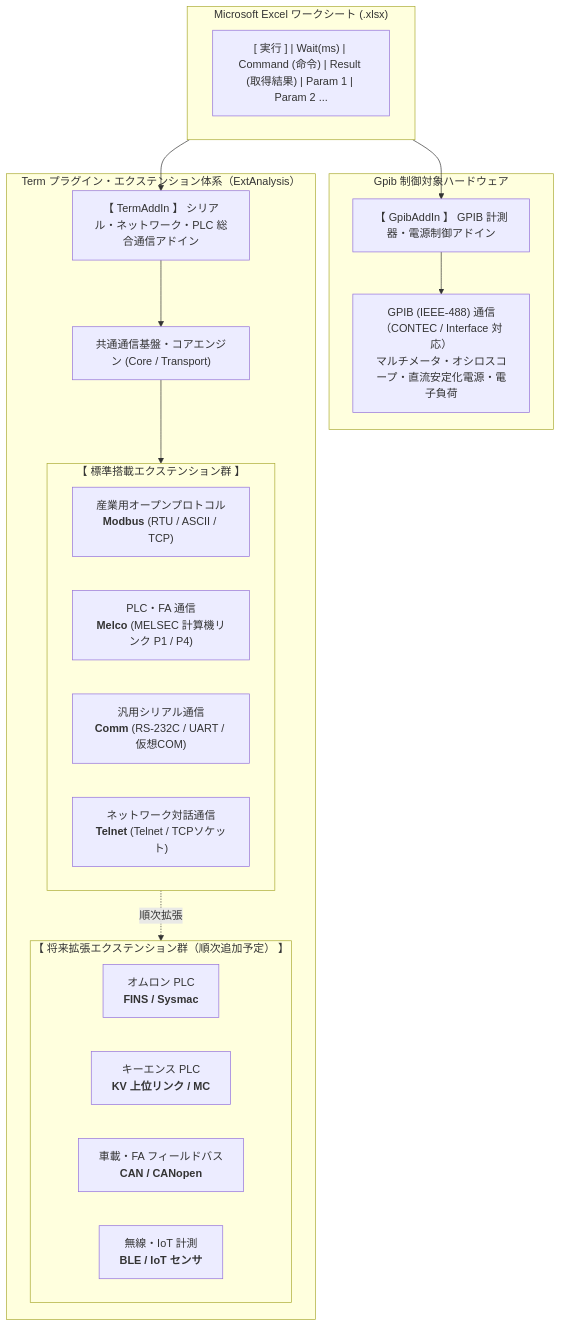
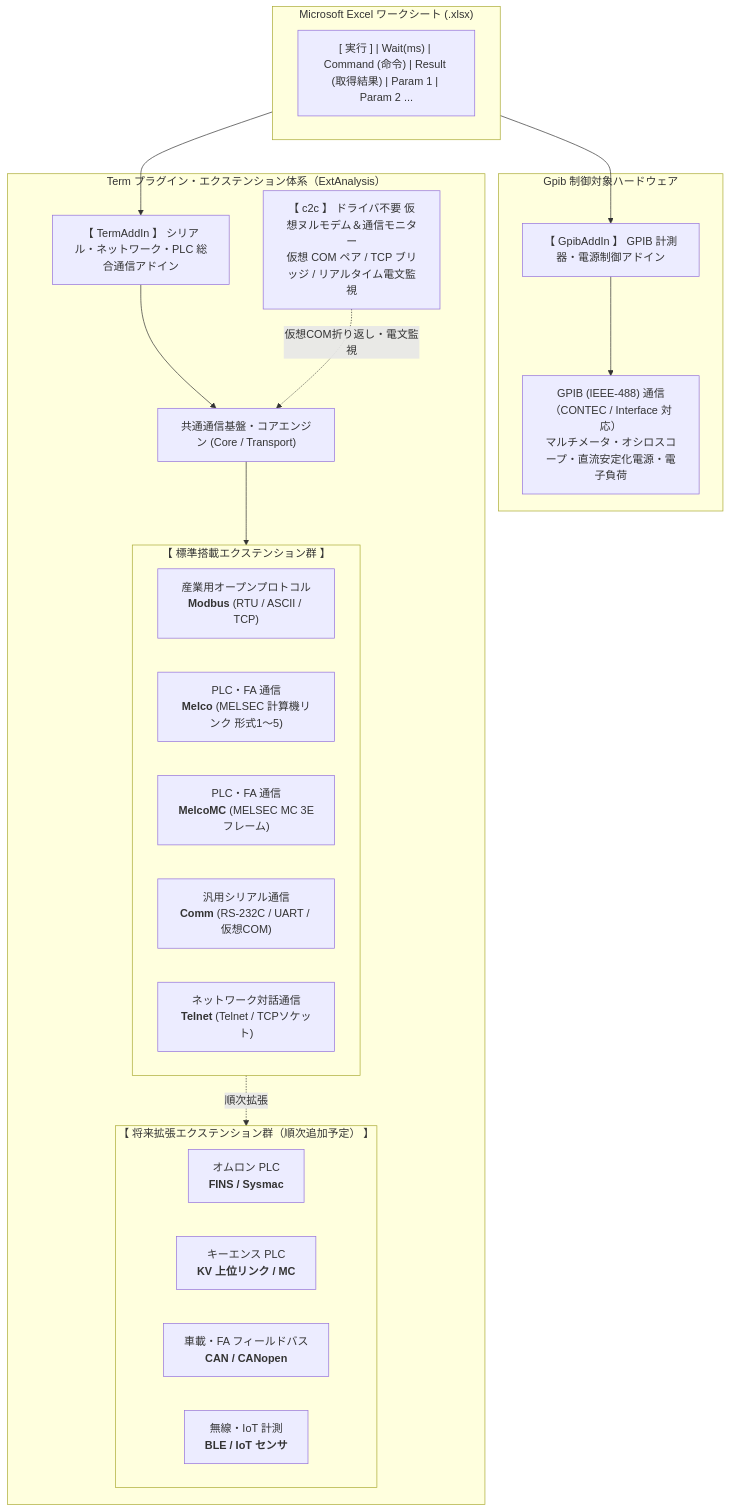
Before and after one commit to Monaca-App/store: the diagram in README.md, drawn with Mermaid. The commit also changed other lines of this file, not shown here.

````diff
--- a/README.md
+++ b/README.md
@@ -22,36 +22,38 @@
 ```mermaid
 flowchart TD
-    subgraph Excel["Microsoft Excel ワークシート (.xlsx)"]
+    subgraph Excel ["Microsoft Excel ワークシート (.xlsx)"]
         Row["[ 実行 ] | Wait(ms) | Command (命令) | Result (取得結果) | Param 1 | Param 2 ..."]
     end
 
     Excel --> Gpib["【 GpibAddIn 】 GPIB 計測器・電源制御アドイン"]
     Excel --> Term["【 TermAddIn 】 シリアル・ネットワーク・PLC 総合通信アドイン"]
 
-    subgraph GpibDetails["Gpib 制御対象ハードウェア"]
+    subgraph GpibDetails ["Gpib 制御対象ハードウェア"]
         Gpib --> GpibDev["GPIB (IEEE-488) 通信（CONTEC / Interface 対応）<br>マルチメータ・オシロスコープ・直流安定化電源・電子負荷"]
     end
 
-    subgraph TermArchitecture["Term プラグイン・エクステンション体系（ExtAnalysis）"]
+    subgraph TermArchitecture ["Term プラグイン・エクステンション体系（ExtAnalysis）"]
         Term --> TermCore["共通通信基盤・コアエンジン (Core / Transport)"]
+        C2C["【 c2c 】 ドライバ不要 仮想ヌルモデム＆通信モニター<br/>仮想 COM ペア / TCP ブリッジ / リアルタイム電文監視"] -. 仮想COM折り返し・電文監視 .-> TermCore
 
         TermCore --> ExtStandard
         ExtStandard -. 順次拡張 .-> ExtFuture
 
-        subgraph ExtStandard["【 標準搭載エクステンション群 】"]
+        subgraph ExtStandard ["【 標準搭載エクステンション群 】"]
             direction LR
             Modbus["産業用オープンプロトコル<br><b>Modbus</b> (RTU / ASCII / TCP)"]
-            Melco["PLC・FA 通信<br><b>Melco</b> (MELSEC 計算機リンク P1 / P4)"]
+            Melco["PLC・FA 通信<br><b>Melco</b> (MELSEC 計算機リンク 形式1〜5)"]
+            MelcoMC["PLC・FA 通信<br><b>MelcoMC</b> (MELSEC MC 3Eフレーム)"]
             Comm["汎用シリアル通信<br><b>Comm</b> (RS-232C / UART / 仮想COM)"]
             Telnet["ネットワーク対話通信<br><b>Telnet</b> (Telnet / TCPソケット)"]
         end
 
-        subgraph ExtFuture["【 将来拡張エクステンション群（順次追加予定） 】"]
+        subgraph ExtFuture ["【 将来拡張エクステンション群（順次追加予定） 】"]
             direction LR
             OMRON["オムロン PLC<br><b>FINS / Sysmac</b>"]
             KEYENCE["キーエンス PLC<br><b>KV 上位リンク / MC</b>"]
             CAN["車載・FA フィールドバス<br><b>CAN / CANopen</b>"]
             IoT["無線・IoT 計測<br><b>BLE / IoT センサ</b>"]
         end
     end
 ```
````
